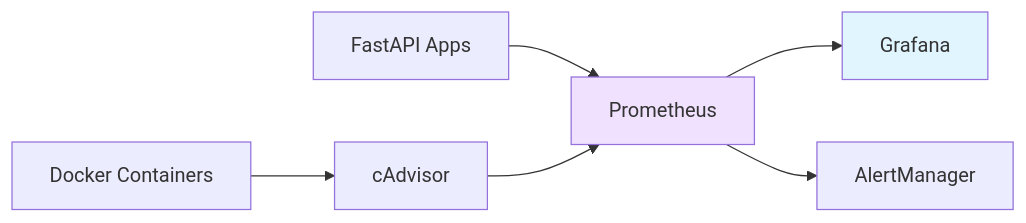
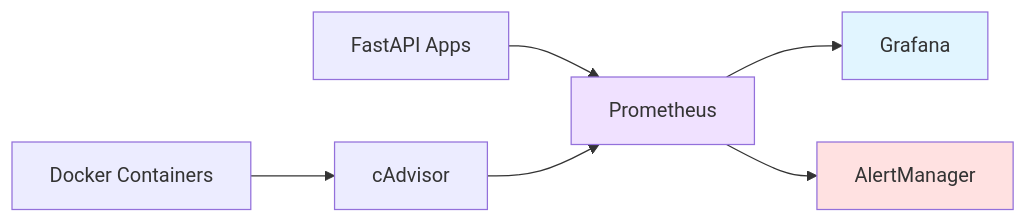
Before and after one commit to Eduardomfdias/um-drive: the diagram in docs/5_Monitorizacao.md, drawn with Mermaid. The commit also changed other lines of this file and 4 other files, not shown here.

First line of the commit message:
feat: adicionar AlertManager, health checks, rede unificada e dashboard CRUD

````diff
--- a/docs/5_Monitorizacao.md
+++ b/docs/5_Monitorizacao.md
@@ -5,11 +5,12 @@
 ```mermaid
 flowchart LR
     Docker[Docker Containers] --> cAdvisor
     API[FastAPI Apps] --> Prometheus
     cAdvisor --> Prometheus
     Prometheus --> Grafana
     Prometheus --> AlertManager
     
     style Prometheus fill:#f0e1ff
     style Grafana fill:#e1f5ff
+    style AlertManager fill:#ffe1e1
 ```
````
